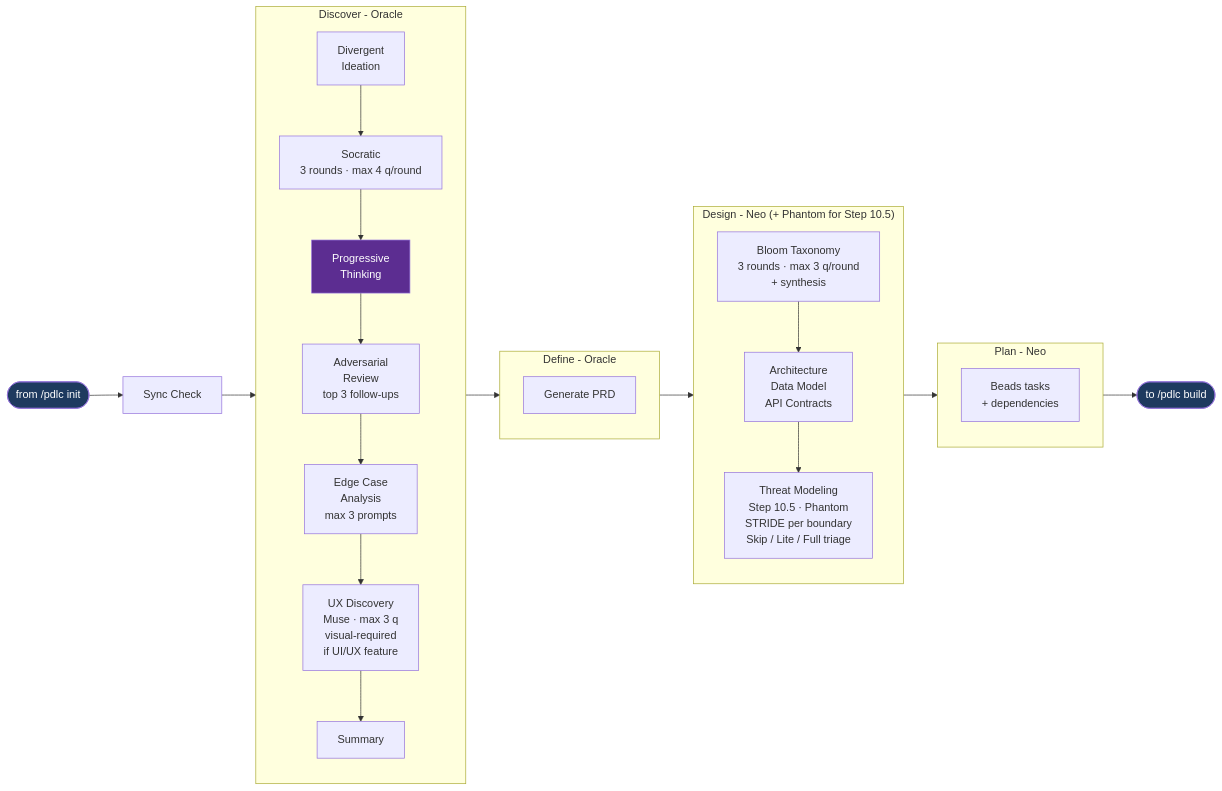
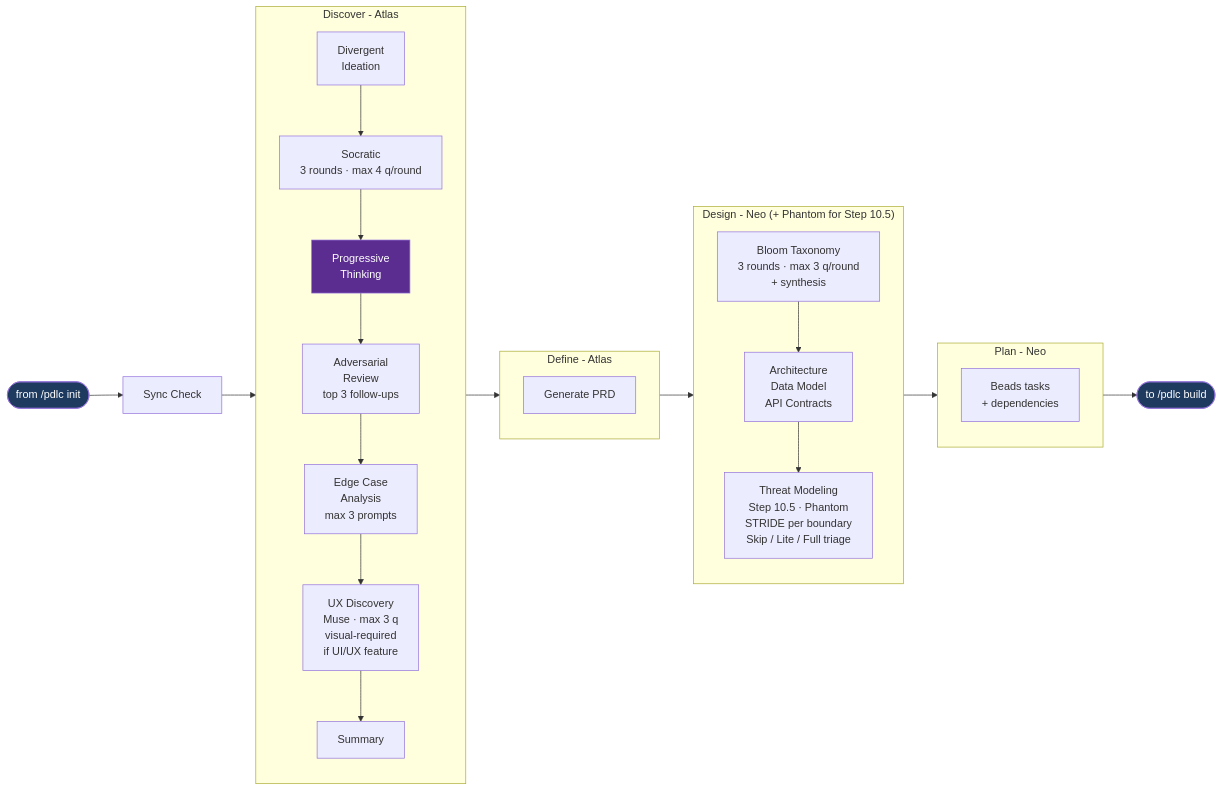
Before and after one commit to pdlc-os/pdlc: the second of 4 diagrams in docs/wiki/03-phases-in-detail.md, drawn with Mermaid. The commit also changed other lines of this file and 43 other files, not shown here.

````diff
--- a/docs/wiki/03-phases-in-detail.md
+++ b/docs/wiki/03-phases-in-detail.md
@@ -47,22 +47,22 @@
 ```mermaid
 flowchart LR
-    subgraph DISCOVER["Discover - Oracle"]
+    subgraph DISCOVER["Discover - Atlas"]
         DIV[Divergent\nIdeation] --> SOC[Socratic\n3 rounds · max 4 q/round] --> PROG["Progressive\nThinking"] --> ADV[Adversarial\nReview\ntop 3 follow-ups] --> EDGE[Edge Case\nAnalysis\nmax 3 prompts] --> UXD[UX Discovery\nMuse · max 3 q\nvisual-required\nif UI/UX feature] --> SUM["Summary"]
     end
-    subgraph DEFINE["Define - Oracle"]
+    subgraph DEFINE["Define - Atlas"]
         PRD["Generate PRD"]
     end
     subgraph DESIGN["Design - Neo (+ Phantom for Step 10.5)"]
         BLOOM[Bloom Taxonomy\n3 rounds · max 3 q/round\n+ synthesis] --> DOCS["Architecture\nData Model\nAPI Contracts"] --> THREAT["Threat Modeling\nStep 10.5 · Phantom\nSTRIDE per boundary\nSkip / Lite / Full triage"]
     end
     subgraph PLAN_PHASE["Plan - Neo"]
         TASKS["Beads tasks\n+ dependencies"]
     end
     FROMINIT(["from /pdlc init"]) --> SYNC["Sync Check"] --> DISCOVER
     DISCOVER --> DEFINE --> DESIGN --> PLAN_PHASE
     PLAN_PHASE --> TOBUILD(["to /pdlc build"])
 
     style PROG fill:#5c2d91,color:#fff
     style TOBUILD fill:#1e3a5f,color:#fff
     style FROMINIT fill:#1e3a5f,color:#fff
 ```
````
